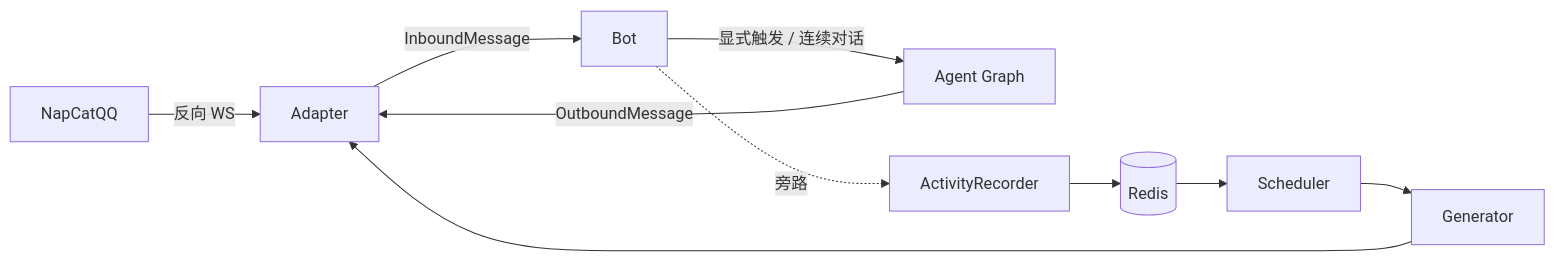
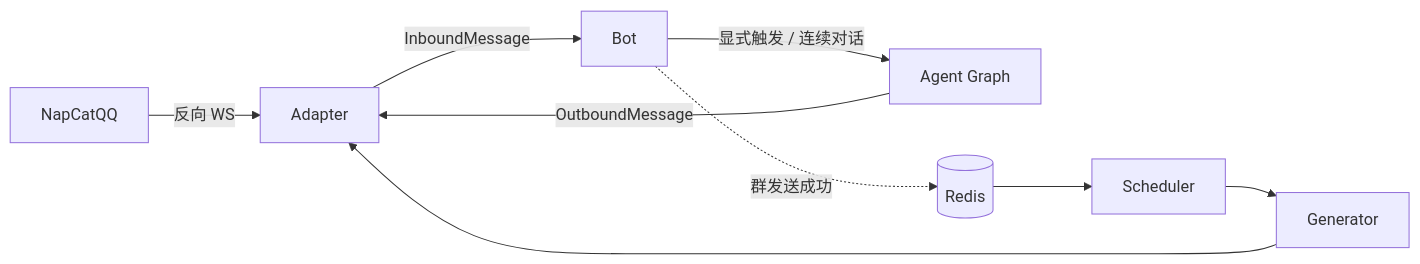
The first of 2 diagrams in README.md (CoucouMonEcho/llm-bot), drawn with Mermaid before and after one commit. The commit also changed other lines of this file and 10 other files, not shown here.

````diff
--- a/README.md
+++ b/README.md
@@ -20,11 +20,10 @@
 ```mermaid
 flowchart LR
     NapCat[NapCatQQ] -- "反向 WS" --> Adapter
     Adapter -->|InboundMessage| Bot
     Bot -->|显式触发 / 连续对话| Graph[Agent Graph]
-    Bot -.->|旁路| Recorder[ActivityRecorder]
     Graph -->|OutboundMessage| Adapter
-    Recorder --> Redis[(Redis)]
+    Bot -.->|群发送成功| Redis[(Redis)]
     Scheduler --> Generator --> Adapter
     Redis --> Scheduler
 ```
````
